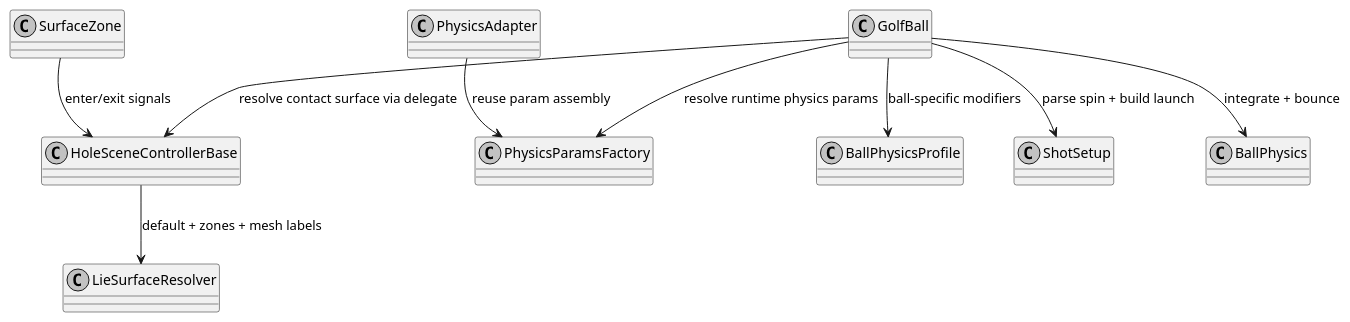
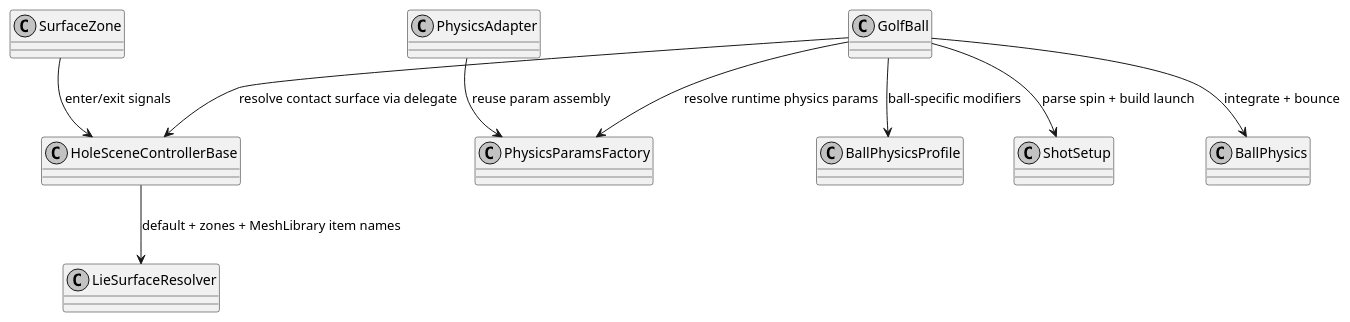
The diagram in docs/golf-ball-responsibilities.puml (digitalhand/openfairway), drawn with PlantUML before and after one commit. The commit also changed 241 other files, not shown here.

```diff
--- a/docs/golf-ball-responsibilities.puml
+++ b/docs/golf-ball-responsibilities.puml
@@ -1,23 +1,23 @@
 @startuml
 skinparam monochrome true
 
 class GolfBall
 class HoleSceneControllerBase
 class LieSurfaceResolver
 class SurfaceZone
 class PhysicsParamsFactory
 class BallPhysicsProfile
 class ShotSetup
 class BallPhysics
 class PhysicsAdapter
 
-HoleSceneControllerBase --> LieSurfaceResolver : default + zones + mesh labels
+HoleSceneControllerBase --> LieSurfaceResolver : default + zones + MeshLibrary item names
 SurfaceZone --> HoleSceneControllerBase : enter/exit signals
 GolfBall --> HoleSceneControllerBase : resolve contact surface via delegate
 GolfBall --> PhysicsParamsFactory : resolve runtime physics params
 GolfBall --> BallPhysicsProfile : ball-specific modifiers
 GolfBall --> ShotSetup : parse spin + build launch
 GolfBall --> BallPhysics : integrate + bounce
 PhysicsAdapter --> PhysicsParamsFactory : reuse param assembly
 
 @enduml
```
